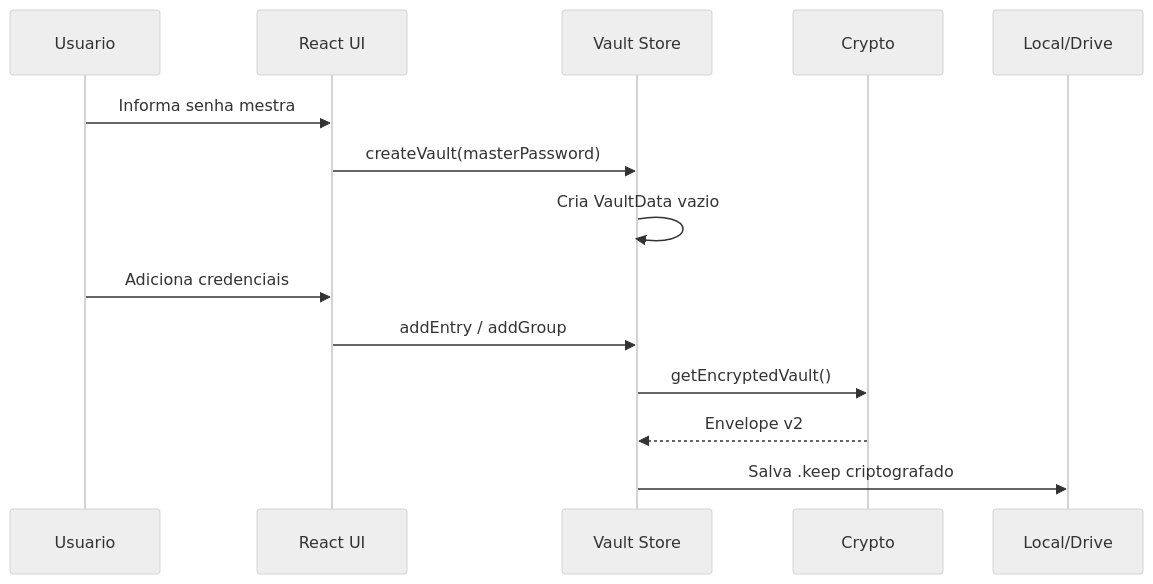
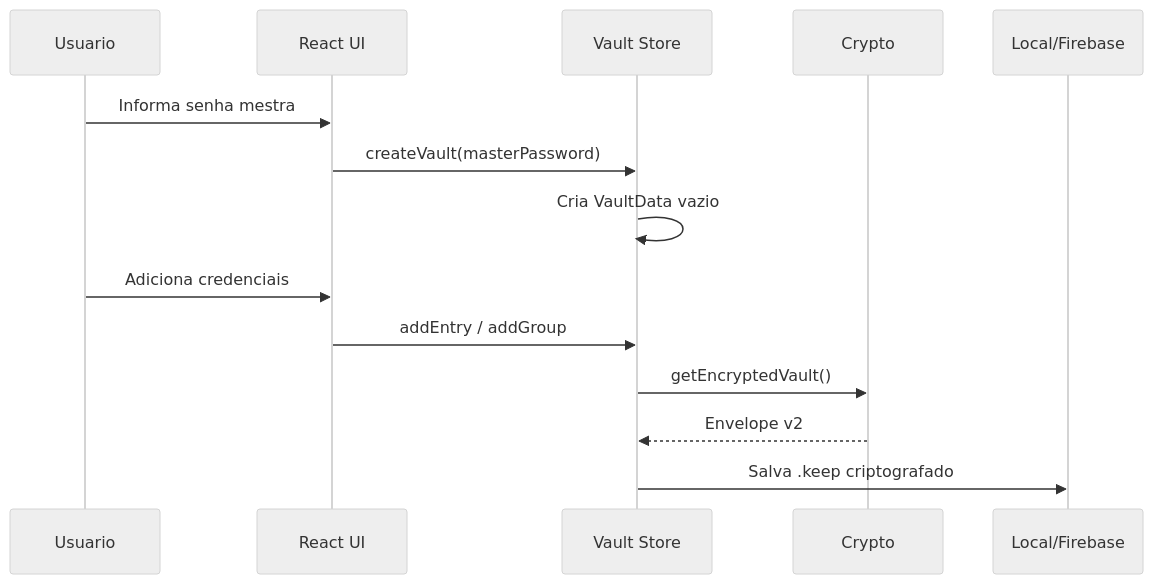
One commit to Praesens-tech/passwordKeeper changed the fourth of 7 diagrams in README.md. Above: the diagram before and after it, drawn with Mermaid (neutral theme). The commit also changed other lines of this file and 55 other files, not shown here.

````diff
--- a/README.md
+++ b/README.md
@@ -259,17 +254,17 @@
 ```mermaid
 sequenceDiagram
   participant U as Usuario
   participant UI as React UI
   participant S as Vault Store
   participant C as Crypto
-  participant F as Local/Drive
+  participant F as Local/Firebase
 
   U->>UI: Informa senha mestra
   UI->>S: createVault(masterPassword)
   S->>S: Cria VaultData vazio
   U->>UI: Adiciona credenciais
   UI->>S: addEntry / addGroup
   S->>C: getEncryptedVault()
   C-->>S: Envelope v2
   S->>F: Salva .keep criptografado
 ```
````
